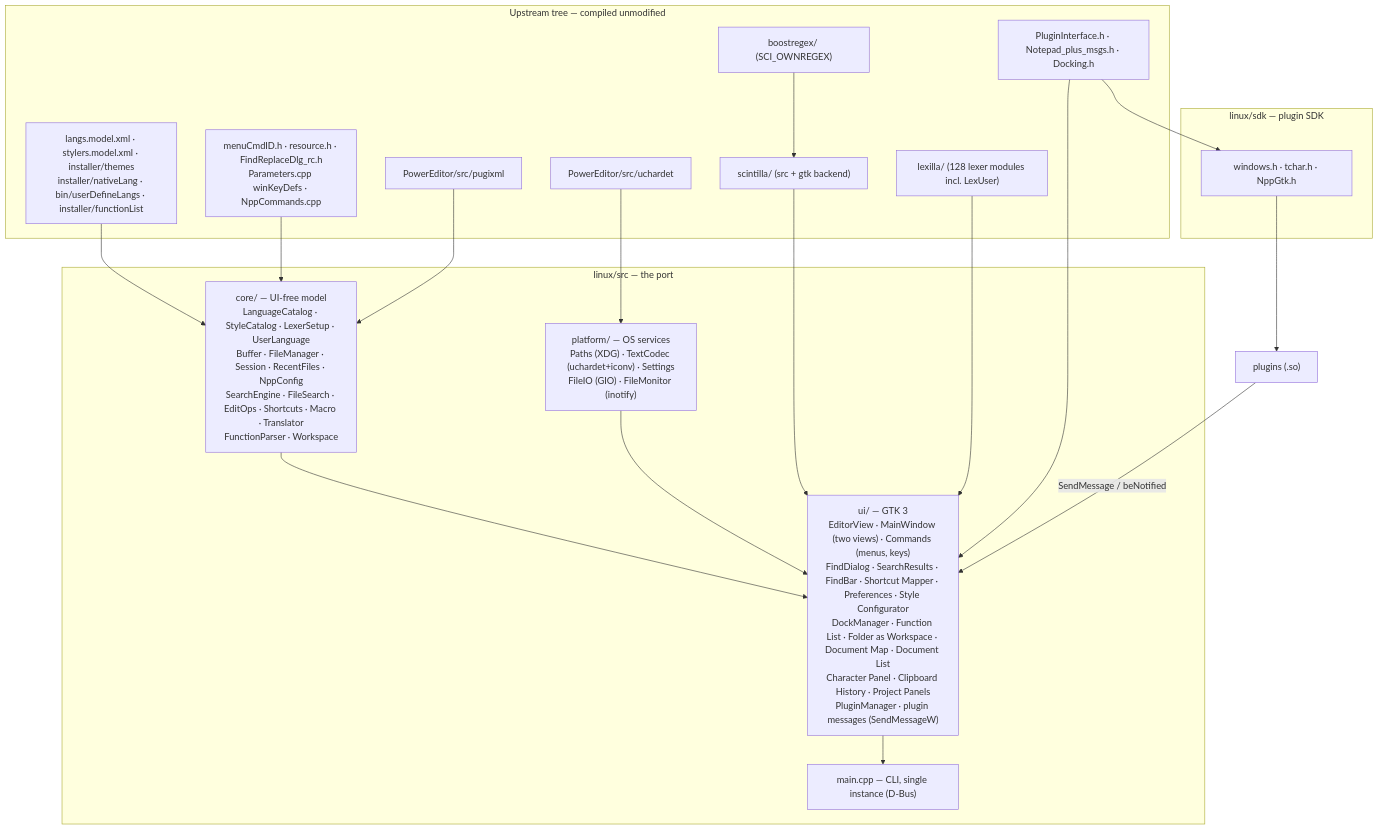
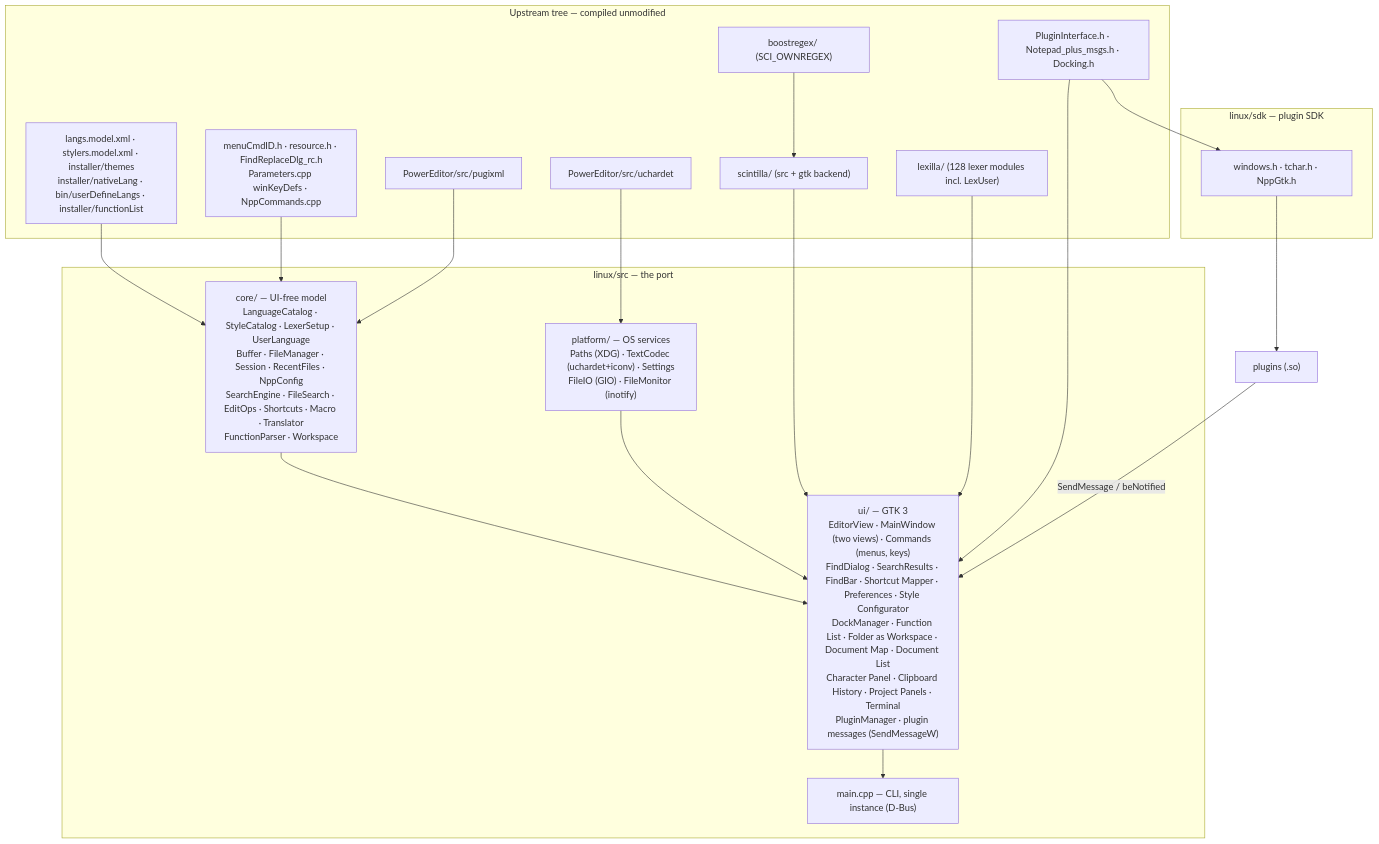
The diagram in linux/docs/PORTING.md (shchers/notepad-plus-plus), drawn with Mermaid before and after one commit. The commit also changed other lines of this file and 19 other files, not shown here.

````diff
--- a/linux/docs/PORTING.md
+++ b/linux/docs/PORTING.md
@@ -144,37 +144,37 @@
 ```mermaid
 flowchart TB
     subgraph upstream["Upstream tree — compiled unmodified"]
         SCI["scintilla/ (src + gtk backend)"]
         LEX["lexilla/ (128 lexer modules incl. LexUser)"]
         BRX["boostregex/ (SCI_OWNREGEX)"]
         PUG["PowerEditor/src/pugixml"]
         UCD["PowerEditor/src/uchardet"]
         DATA["langs.model.xml · stylers.model.xml · installer/themes<br/>installer/nativeLang · bin/userDefineLangs · installer/functionList"]
         IDS["menuCmdID.h · resource.h · FindReplaceDlg_rc.h<br/>Parameters.cpp winKeyDefs · NppCommands.cpp"]
         PIH["PluginInterface.h · Notepad_plus_msgs.h · Docking.h"]
     end
     subgraph sdk["linux/sdk — plugin SDK"]
         SHIM["windows.h · tchar.h · NppGtk.h"]
     end
     PLUG["plugins (.so)"]
     subgraph port["linux/src — the port"]
         CORE["core/ — UI-free model<br/>LanguageCatalog · StyleCatalog · LexerSetup · UserLanguage<br/>Buffer · FileManager · Session · RecentFiles · NppConfig<br/>SearchEngine · FileSearch · EditOps · Shortcuts · Macro · Translator<br/>FunctionParser · Workspace"]
         PLAT["platform/ — OS services<br/>Paths (XDG) · TextCodec (uchardet+iconv) · Settings<br/>FileIO (GIO) · FileMonitor (inotify)"]
-        UI["ui/ — GTK 3<br/>EditorView · MainWindow (two views) · Commands (menus, keys)<br/>FindDialog · SearchResults · FindBar · Shortcut Mapper · Preferences · Style Configurator<br/>DockManager · Function List · Folder as Workspace · Document Map · Document List<br/>Character Panel · Clipboard History · Project Panels<br/>PluginManager · plugin messages (SendMessageW)"]
+        UI["ui/ — GTK 3<br/>EditorView · MainWindow (two views) · Commands (menus, keys)<br/>FindDialog · SearchResults · FindBar · Shortcut Mapper · Preferences · Style Configurator<br/>DockManager · Function List · Folder as Workspace · Document Map · Document List<br/>Character Panel · Clipboard History · Project Panels · Terminal<br/>PluginManager · plugin messages (SendMessageW)"]
         MAIN["main.cpp — CLI, single instance (D-Bus)"]
     end
     DATA --> CORE
     IDS --> CORE
     PUG --> CORE
     UCD --> PLAT
     CORE --> UI
     PLAT --> UI
     SCI --> UI
     LEX --> UI
     BRX --> SCI
     UI --> MAIN
     PIH --> SHIM
     SHIM --> PLUG
     PIH --> UI
     PLUG -- "SendMessage / beNotified" --> UI
 ```
````
